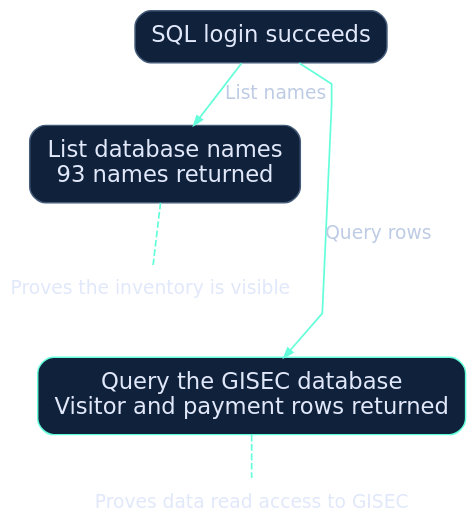
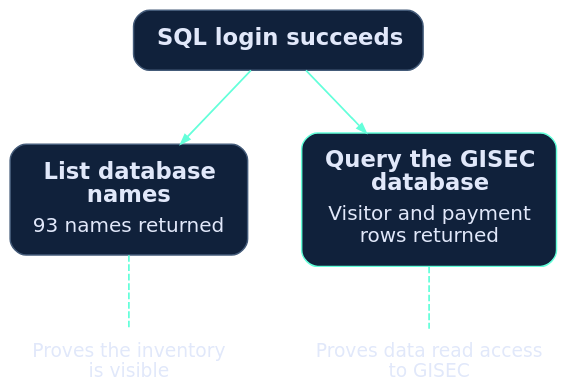
The diagram in assets/diagrams/source/gisec-evidence.dot (rylena/PortfolioWebsite), drawn with Graphviz before and after one commit. The commit also changed 35 other files, not shown here.

First line of the commit message:
Publish hospital security writeup and improve blog diagrams

```diff
--- a/assets/diagrams/source/gisec-evidence.dot
+++ b/assets/diagrams/source/gisec-evidence.dot
@@ -1,15 +1,16 @@
 digraph G {
-  graph [rankdir=TB, bgcolor="transparent", pad="0.15", nodesep="0.32", ranksep="0.45", splines=polyline];
-  node [shape=box, style="rounded,filled", fillcolor="#10213b", color="#445b79", fontcolor="#e1e8fa", fontname="DejaVu Sans", fontsize=17, margin="0.18,0.14", penwidth=1.1];
+  graph [rankdir=TB, bgcolor="transparent", pad="0.22", nodesep="0.55", ranksep="0.65", splines=polyline];
+  node [shape=box, style="rounded,filled", fillcolor="#10213b", color="#445b79", fontcolor="#e1e8fa", fontname="DejaVu Sans", fontsize=17, margin="0.20,0.14", penwidth=1.1];
   edge [color="#64ffda", fontcolor="#bdcbe4", fontname="DejaVu Sans", fontsize=14, arrowsize=0.7, penwidth=1.3];
-  login [label="SQL login succeeds"];
-  inventory [label="List database names\n93 names returned"];
-  query [label="Query the GISEC database\nVisitor and payment rows returned", color="#64ffda"];
-  inventory_note [label="Proves the inventory is visible", shape=plaintext, style="", fontsize=14];
-  query_note [label="Proves data read access to GISEC", shape=plaintext, style="", fontsize=14];
-  login -> inventory [label="List names"];
+  login [label=<<TABLE BORDER="0" CELLBORDER="0" CELLSPACING="0" CELLPADDING="3"><TR><TD><B>SQL login succeeds</B></TD></TR></TABLE>>];
+  inventory [label=<<TABLE BORDER="0" CELLBORDER="0" CELLSPACING="0" CELLPADDING="3"><TR><TD><B>List database<BR/>names</B></TD></TR><TR><TD><FONT POINT-SIZE="15">93 names returned</FONT></TD></TR></TABLE>>];
+  query [label=<<TABLE BORDER="0" CELLBORDER="0" CELLSPACING="0" CELLPADDING="3"><TR><TD><B>Query the GISEC<BR/>database</B></TD></TR><TR><TD><FONT POINT-SIZE="15">Visitor and payment<BR/>rows returned</FONT></TD></TR></TABLE>>, color="#64ffda"];
+  inventory_note [label="Proves the inventory\nis visible", shape=plaintext, style="", fontsize=14];
+  query_note [label="Proves data read access\nto GISEC", shape=plaintext, style="", fontsize=14];
+  { rank=same; inventory; query; }
+  { rank=same; inventory_note; query_note; }
+  login -> inventory;
   inventory -> inventory_note [arrowhead=none, style=dashed];
-  inventory_note -> query [style=invis];
-  login -> query [label="Query rows"];
+  login -> query;
   query -> query_note [arrowhead=none, style=dashed];
 }
```
